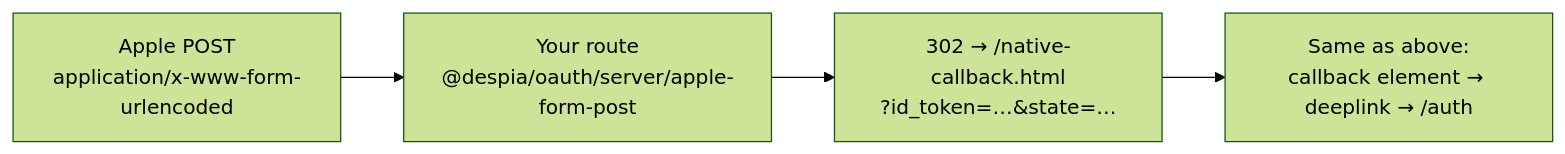
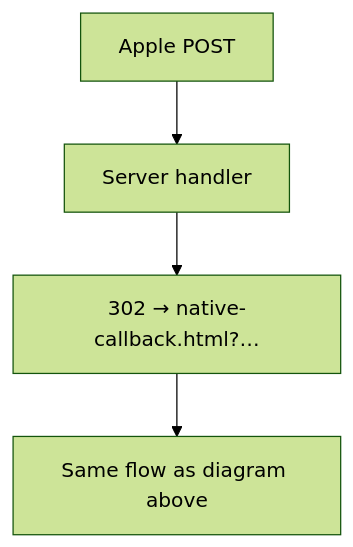
The second of 2 diagrams in README.md (despia-native/despia-oauth), drawn with Mermaid (forest theme) before and after one commit.

Commit message:
docs: simplify Apple flowchart layout
Made-with: Cursor

````diff
--- a/README.md
+++ b/README.md
@@ -39,6 +39,6 @@
 ```mermaid
-flowchart LR
-  A["Apple POST\napplication/x-www-form-urlencoded"] --> B["Your route\n@despia/oauth/server/apple-form-post"]
-  B --> C["302 → /native-callback.html\n?id_token=…&state=…"]
-  C --> D["Same as above:\ncallback element → deeplink → /auth"]
+flowchart TB
+  A[Apple POST] --> B[Server handler]
+  B --> C[302 → native-callback.html?…]
+  C --> D[Same flow as diagram above]
 ```
````
